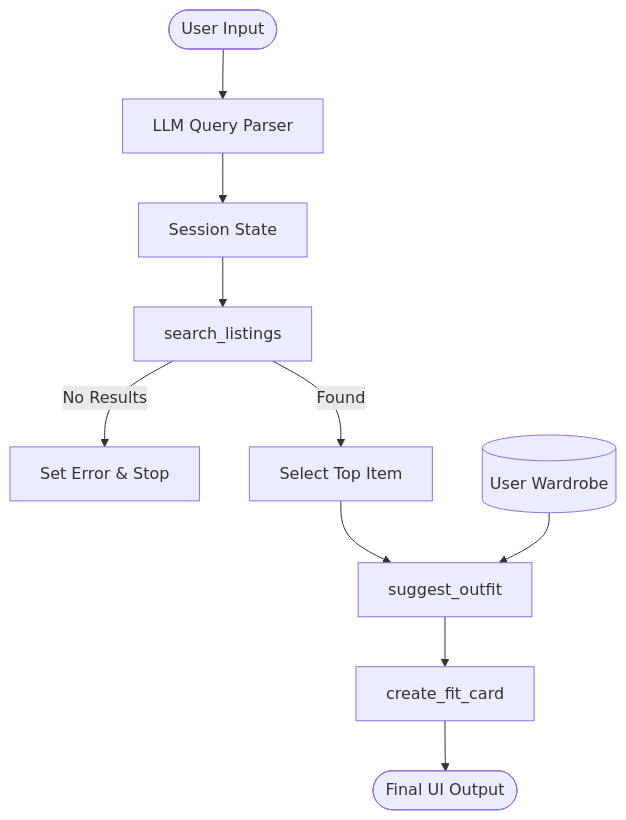
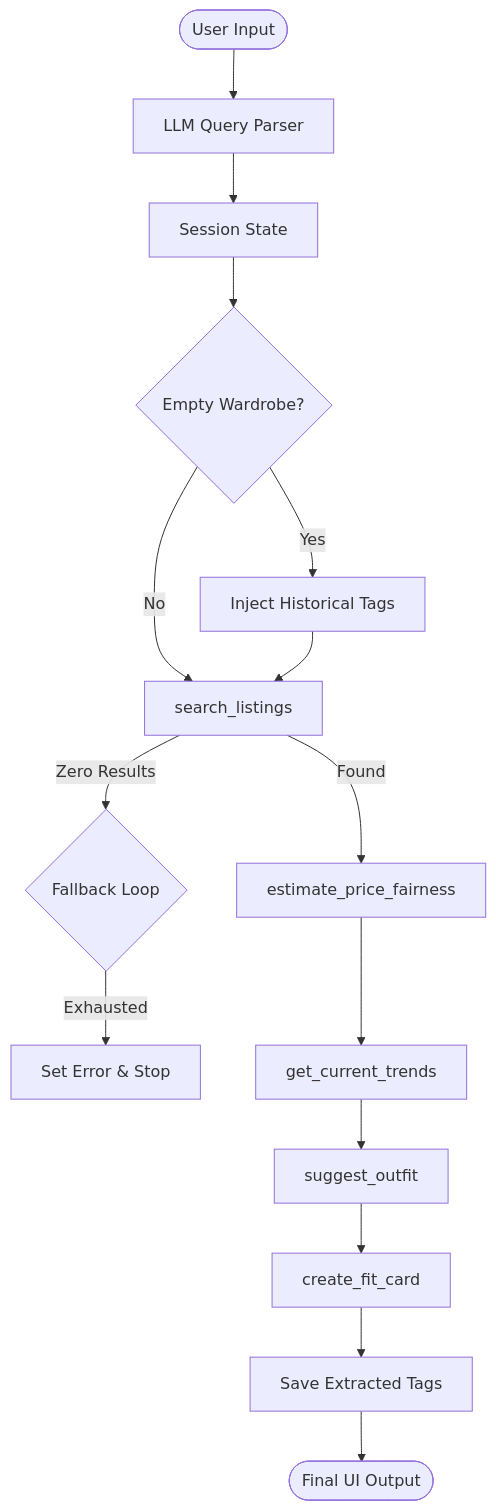
The diagram in planning.md (parth33320/ai201-project2-fitfindr-starter), drawn with Mermaid before and after one commit. The commit also changed other lines of this file, not shown here.

````diff
--- a/planning.md
+++ b/planning.md
@@ -141,13 +157,17 @@
 ```mermaid
 graph TD
     User([User Input]) --> Parse[LLM Query Parser]
     Parse --> Session[Session State]
-    Session --> Search[search_listings]
-    Search -- No Results --> Error[Set Error & Stop]
-    Search -- Found --> Select[Select Top Item]
-    Select --> Suggest[suggest_outfit]
+    Session --> StyleMem{Empty Wardrobe?}
+    StyleMem -- Yes --> Inject[Inject Historical Tags]
+    StyleMem -- No --> Search[search_listings]
+    Inject --> Search
+    Search -- Zero Results --> Fallback{Fallback Loop}
+    Fallback -- Exhausted --> Error[Set Error & Stop]
+    Search -- Found --> Fairness[estimate_price_fairness]
+    Fairness --> Trends[get_current_trends]
+    Trends --> Suggest[suggest_outfit]
     Suggest --> FitCard[create_fit_card]
-    FitCard --> Output([Final UI Output])
-
-    Wardrobe[(User Wardrobe)] --> Suggest
+    FitCard --> Save[Save Extracted Tags]
+    Save --> Output([Final UI Output])
 ```
````
